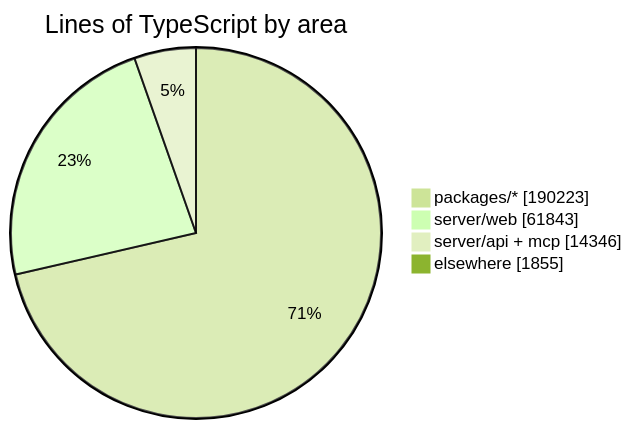
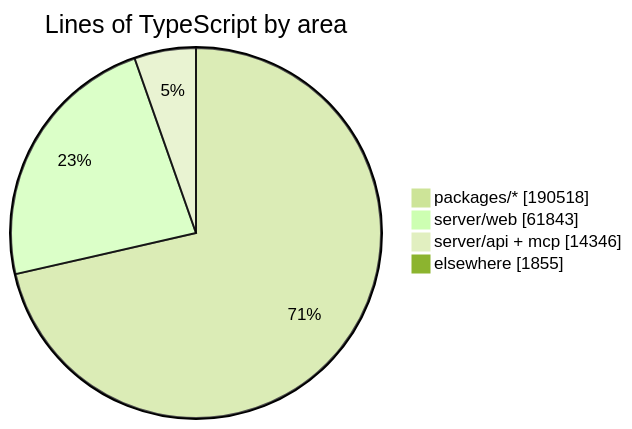
One commit to crossworks-engineering/mantle changed the diagram in README.md. Above: the diagram before and after it, drawn with Mermaid (forest theme). The commit also changed other lines of this file and 2 other files, not shown here.

````diff
--- a/README.md
+++ b/README.md
@@ -279,7 +279,7 @@
 ```mermaid
 pie showData title Lines of TypeScript by area
-    "packages/*" : 190223
+    "packages/*" : 190518
     "server/web" : 61843
     "server/api + mcp" : 14346
     "elsewhere" : 1855
 ```
````
